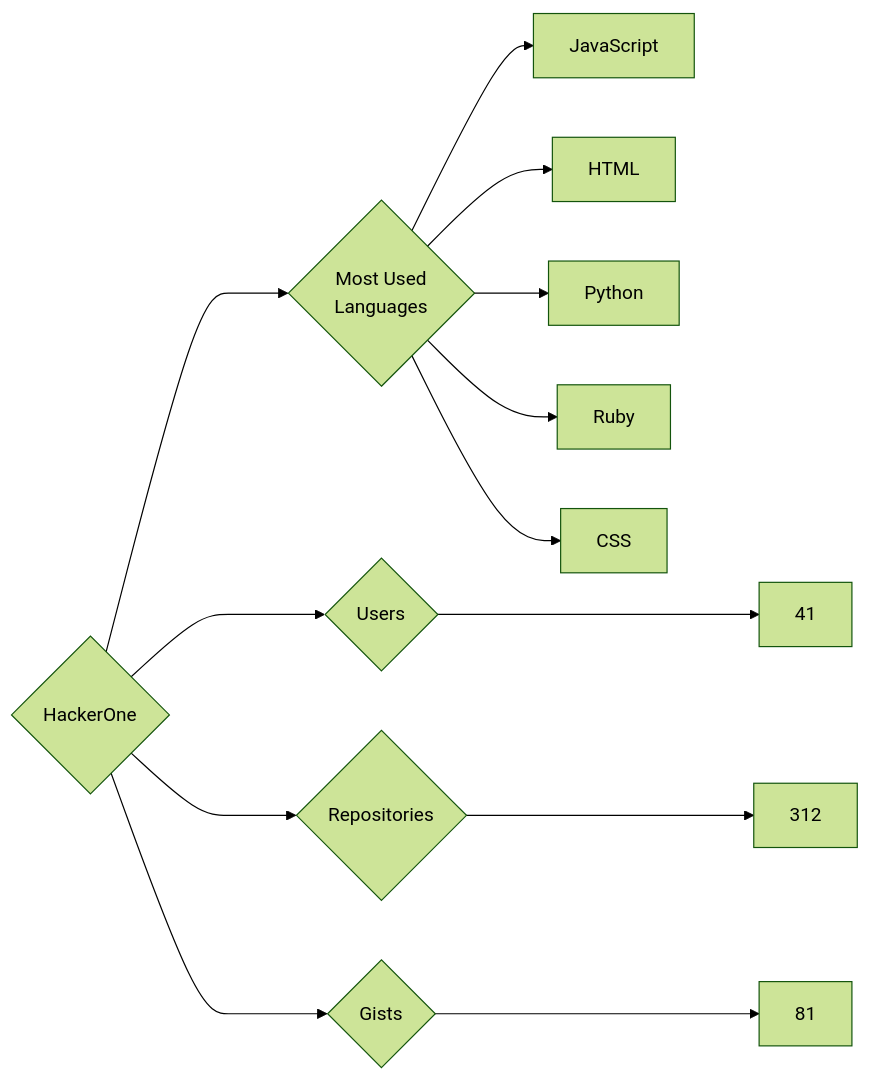
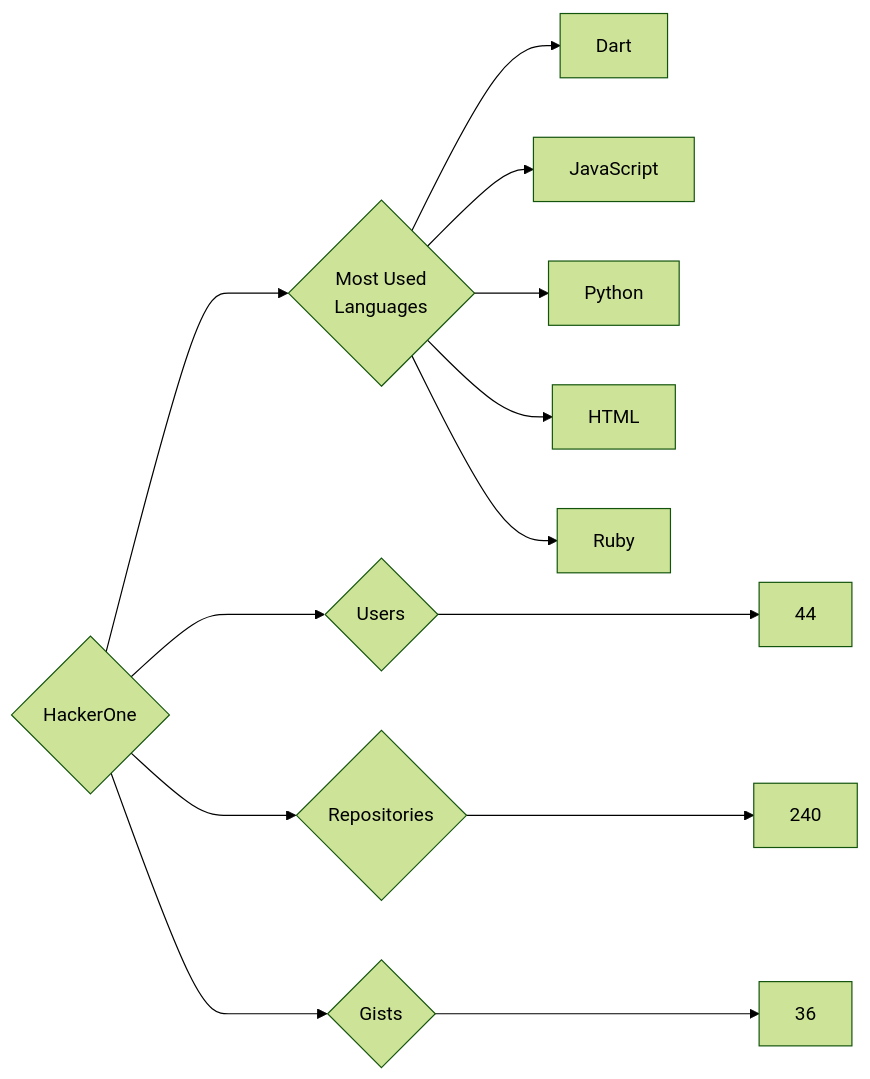
The diagram in targets/HackerOne/README.md (trickest/insiders), drawn with Mermaid (forest theme) before and after one commit. The commit also changed 1084 other files, not shown here.

````diff
--- a/targets/HackerOne/README.md
+++ b/targets/HackerOne/README.md
@@ -3,13 +3,13 @@
 ```mermaid
 graph LR
 COMPANY_NAME{HackerOne}
-COMPANY_NAME ---> U{Users} ---> UN[41]
-COMPANY_NAME ---> R{Repositories} ---> RN[312]
-COMPANY_NAME ---> G{Gists} ---> GN[81]
+COMPANY_NAME ---> U{Users} ---> UN[44]
+COMPANY_NAME ---> R{Repositories} ---> RN[240]
+COMPANY_NAME ---> G{Gists} ---> GN[36]
 COMPANY_NAME ---> ML{Most Used<br>Languages}
+ML --> Dart[Dart]
 ML --> JavaScript[JavaScript]
+ML --> Python[Python]
 ML --> HTML[HTML]
-ML --> Python[Python]
 ML --> Ruby[Ruby]
-ML --> CSS[CSS]
 ```
````
